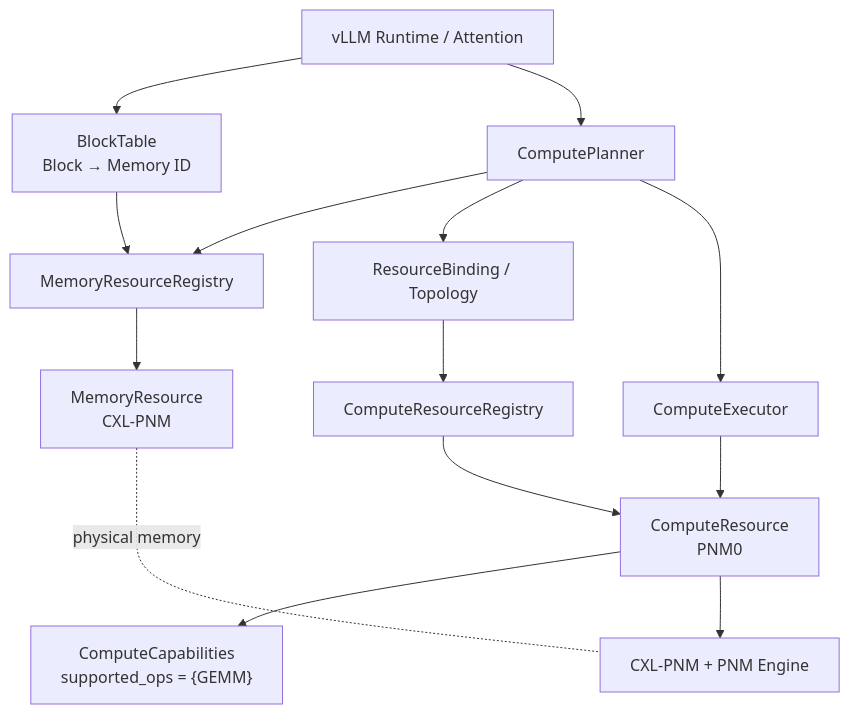
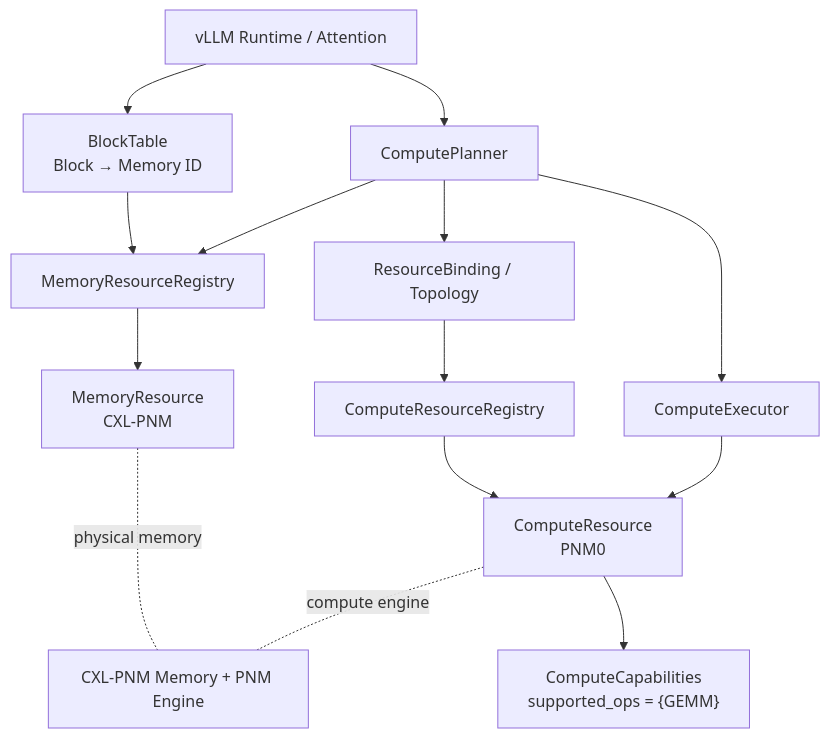
The fourth of 6 diagrams in doc-mk/vllm-compute-capable-memory-candidates.md (mkim0628/vllm), drawn with Mermaid before and after one commit. The commit also changed other lines of this file, not shown here.

````diff
--- a/doc-mk/vllm-compute-capable-memory-candidates.md
+++ b/doc-mk/vllm-compute-capable-memory-candidates.md
@@ -244,28 +467,28 @@
 ```mermaid
 graph TD
     APP["vLLM Runtime / Attention"]
     BT["BlockTable\nBlock → Memory ID"]
     MREG["MemoryResourceRegistry"]
     MR["MemoryResource\nCXL-PNM"]
-    T["ResourceBinding / Topology"]
+    BIND["ResourceBinding / Topology"]
     CREG["ComputeResourceRegistry"]
     CR["ComputeResource\nPNM0"]
     CAP["ComputeCapabilities\nsupported_ops = {GEMM}"]
     PLAN["ComputePlanner"]
     EXEC["ComputeExecutor"]
-    HW["CXL-PNM + PNM Engine"]
+    HW["CXL-PNM Memory + PNM Engine"]
 
     APP --> BT
     BT --> MREG
     MREG --> MR
     APP --> PLAN
     PLAN --> MREG
-    PLAN --> T
-    T --> CREG
+    PLAN --> BIND
+    BIND --> CREG
     CREG --> CR
     CR --> CAP
     PLAN --> EXEC
     EXEC --> CR
-    CR --> HW
     MR -. physical memory .- HW
+    CR -. compute engine .- HW
 ```
````
